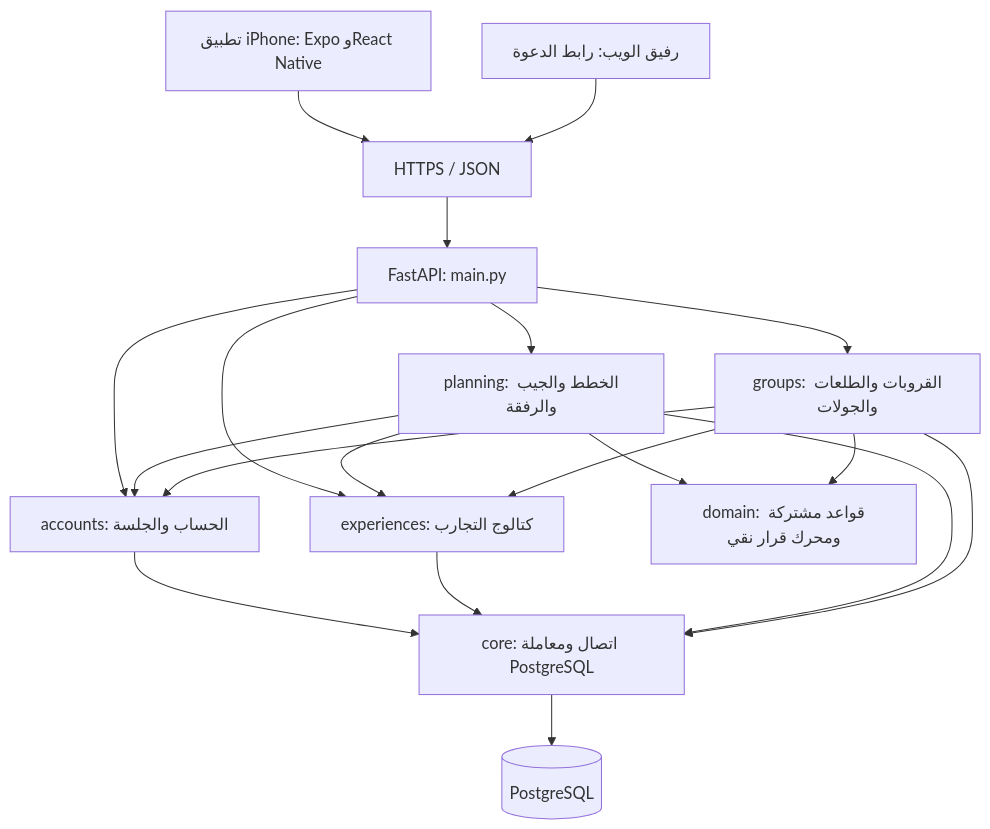
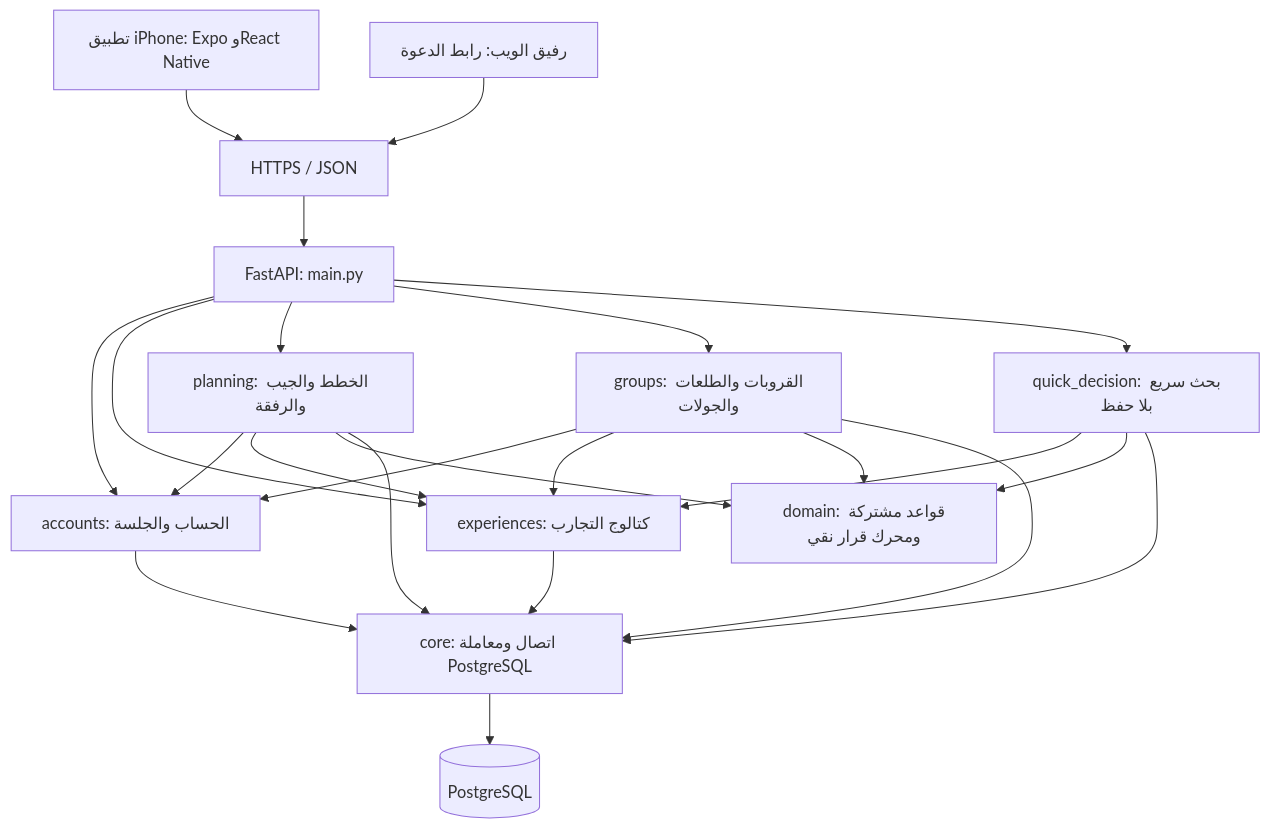
One commit to shathaaa1110-arch/hatim-app changed the first of 2 diagrams in docs/architecture-modules.ar.md. Above: the diagram before and after it, drawn with Mermaid. The commit also changed other lines of this file and 45 other files, not shown here.

````diff
--- a/docs/architecture-modules.ar.md
+++ b/docs/architecture-modules.ar.md
@@ -13,21 +13,25 @@
 ```mermaid
 flowchart TB
     Phone[تطبيق iPhone: Expo وReact Native] --> HTTP[HTTPS / JSON]
     Browser[رفيق الويب: رابط الدعوة] --> HTTP
     HTTP --> Entry[FastAPI: main.py]
     Entry --> Accounts[accounts: الحساب والجلسة]
     Entry --> Experiences[experiences: كتالوج التجارب]
     Entry --> Planning[planning: الخطط والجيب والرفقة]
     Entry --> Groups[groups: القروبات والطلعات والجولات]
+    Entry --> Quick[quick_decision: بحث سريع بلا حفظ]
+    Quick --> Experiences
+    Quick --> Domain
+    Quick --> Core
     Planning --> Accounts
     Groups --> Accounts
     Planning --> Experiences
     Groups --> Experiences
     Planning --> Domain[domain: قواعد مشتركة ومحرك قرار نقي]
     Groups --> Domain
     Accounts --> Core[core: اتصال ومعاملة PostgreSQL]
     Experiences --> Core
     Planning --> Core
     Groups --> Core
     Core --> DB[(PostgreSQL)]
 ```
````
